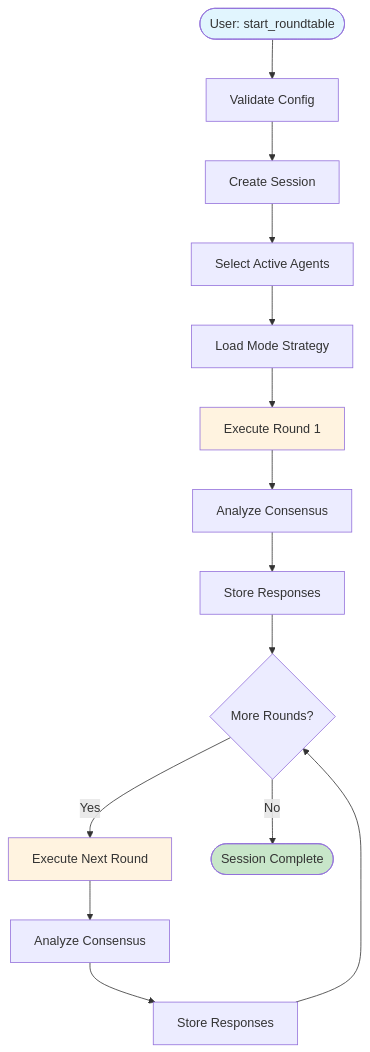
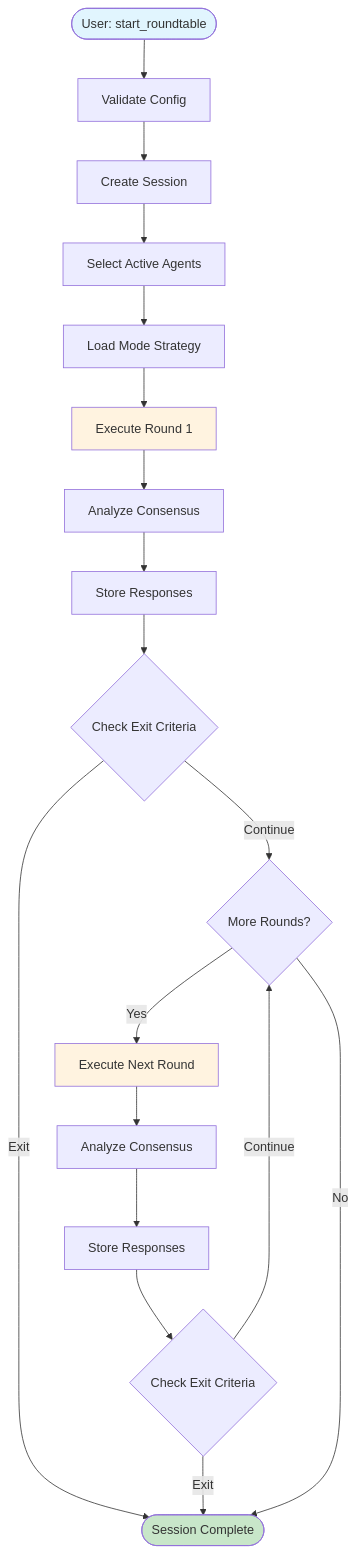
One commit to mnthe/ai-roundtable changed the first of 5 diagrams in docs/ARCHITECTURE.md. Above: the diagram before and after it, drawn with Mermaid. The commit also changed other lines of this file and 4 other files, not shown here.

````diff
--- a/docs/ARCHITECTURE.md
+++ b/docs/ARCHITECTURE.md
@@ -59,24 +59,29 @@
 ```mermaid
 flowchart TD
     Start([User: start_roundtable]) --> Validate[Validate Config]
     Validate --> CreateSession[Create Session]
     CreateSession --> SelectAgents[Select Active Agents]
     SelectAgents --> SelectMode[Load Mode Strategy]
 
     SelectMode --> Round1[Execute Round 1]
     Round1 --> Analyze1[Analyze Consensus]
     Analyze1 --> Store1[Store Responses]
 
-    Store1 --> MoreRounds{More Rounds?}
+    Store1 --> ExitCheck1{Check Exit Criteria}
+    ExitCheck1 -->|Exit| Complete([Session Complete])
+    ExitCheck1 -->|Continue| MoreRounds{More Rounds?}
+
     MoreRounds -->|Yes| NextRound[Execute Next Round]
     NextRound --> AnalyzeN[Analyze Consensus]
     AnalyzeN --> StoreN[Store Responses]
-    StoreN --> MoreRounds
+    StoreN --> ExitCheckN{Check Exit Criteria}
+    ExitCheckN -->|Exit| Complete
+    ExitCheckN -->|Continue| MoreRounds
 
     MoreRounds -->|No| Complete([Session Complete])
 
     style Start fill:#e1f5fe
     style Complete fill:#c8e6c9
     style Round1 fill:#fff3e0
     style NextRound fill:#fff3e0
 ```
````
